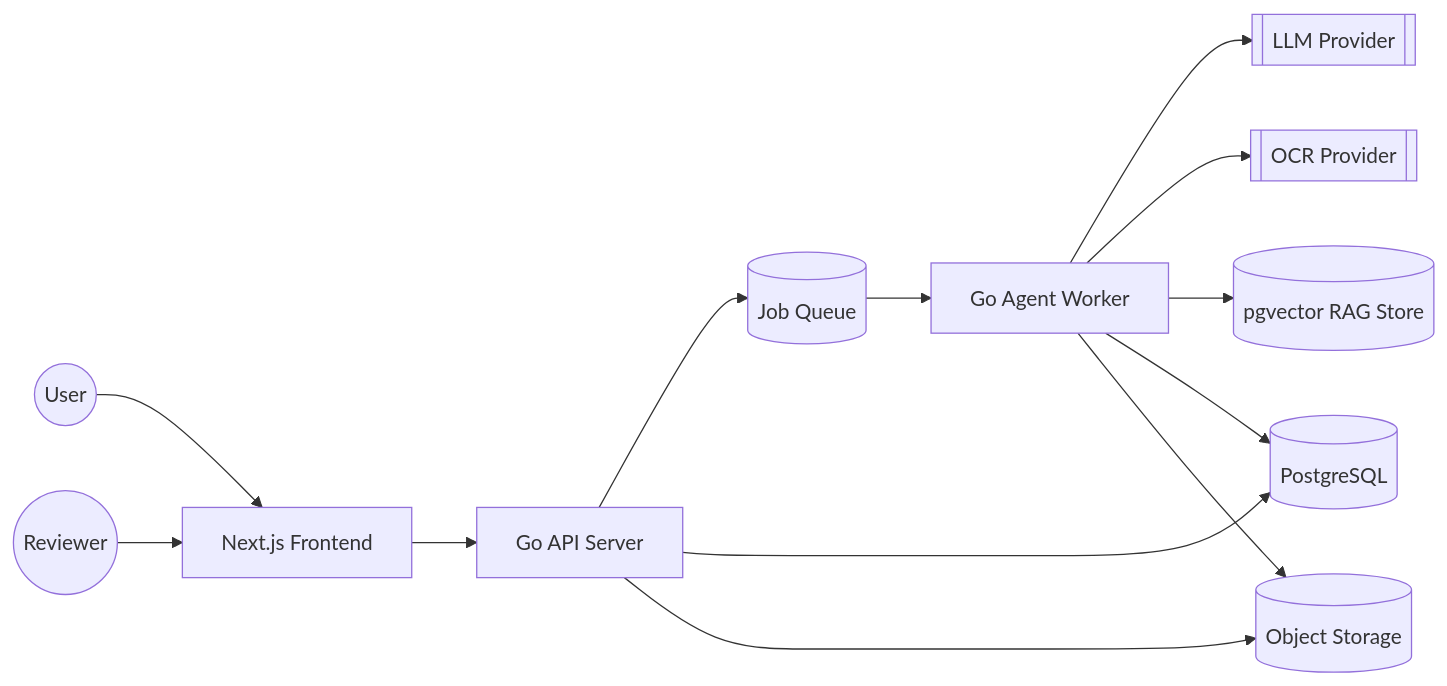
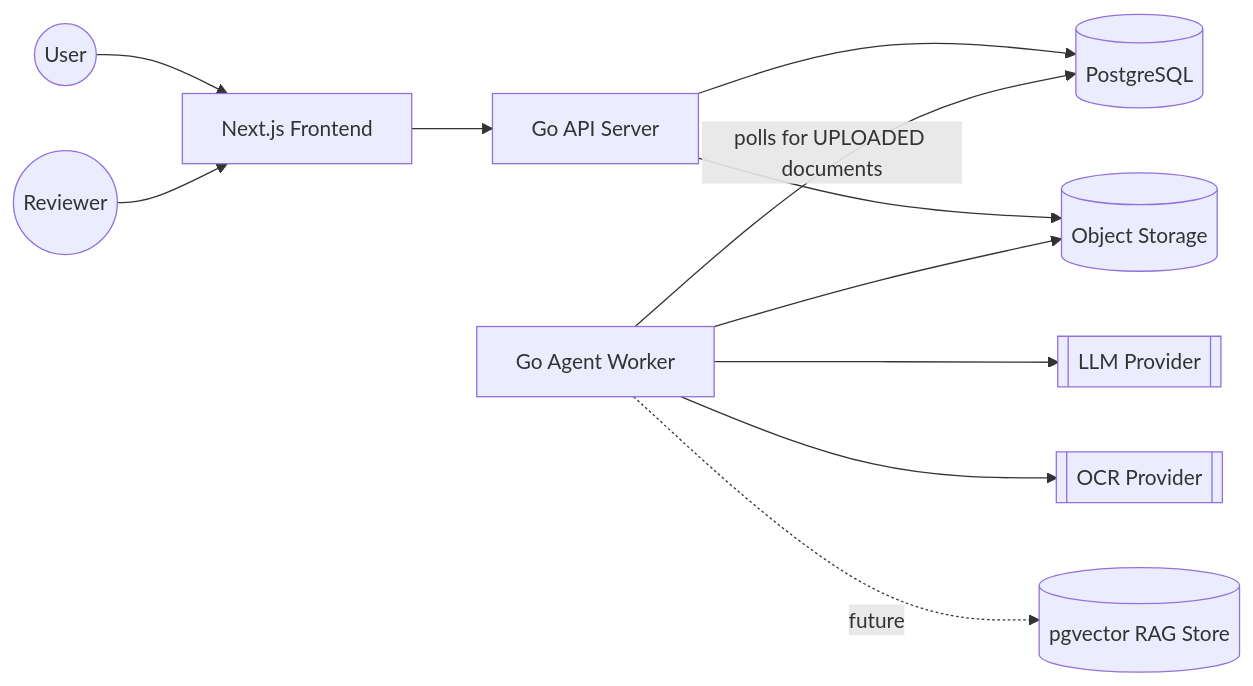
One commit to mwyzer/golang-next changed the diagram in docs/architecture/system-architecture.md. Above: the diagram before and after it, drawn with Mermaid. The commit also changed other lines of this file and 3 other files, not shown here.

First line of the commit message:
Add ER and sequence diagrams; fix two diagrams that had drifted from reality

````diff
--- a/docs/architecture/system-architecture.md
+++ b/docs/architecture/system-architecture.md
@@ -10,15 +10,13 @@
 ```mermaid
 flowchart LR
     User((User)) --> Frontend[Next.js Frontend]
     Reviewer((Reviewer)) --> Frontend
     Frontend --> API[Go API Server]
-    API --> Queue[(Job Queue)]
-    Queue --> Worker[Go Agent Worker]
+    API --> DB[(PostgreSQL)]
+    Worker[Go Agent Worker] -->|polls for UPLOADED documents| DB
     Worker --> LLM[[LLM Provider]]
     Worker --> OCR[[OCR Provider]]
-    Worker --> VectorDB[(pgvector RAG Store)]
-    API --> DB[(PostgreSQL)]
-    Worker --> DB
+    Worker -.future.-> VectorDB[(pgvector RAG Store)]
     API --> Storage[(Object Storage)]
     Worker --> Storage
 ```
````
